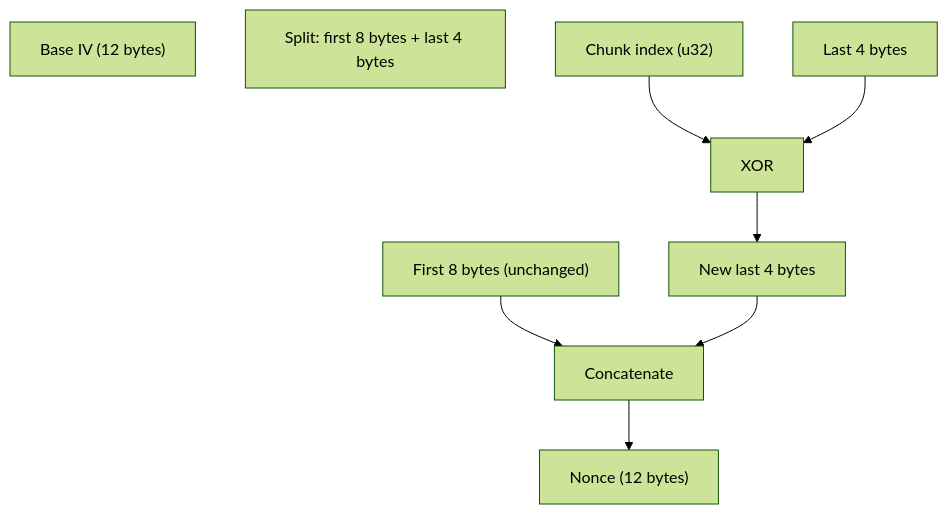
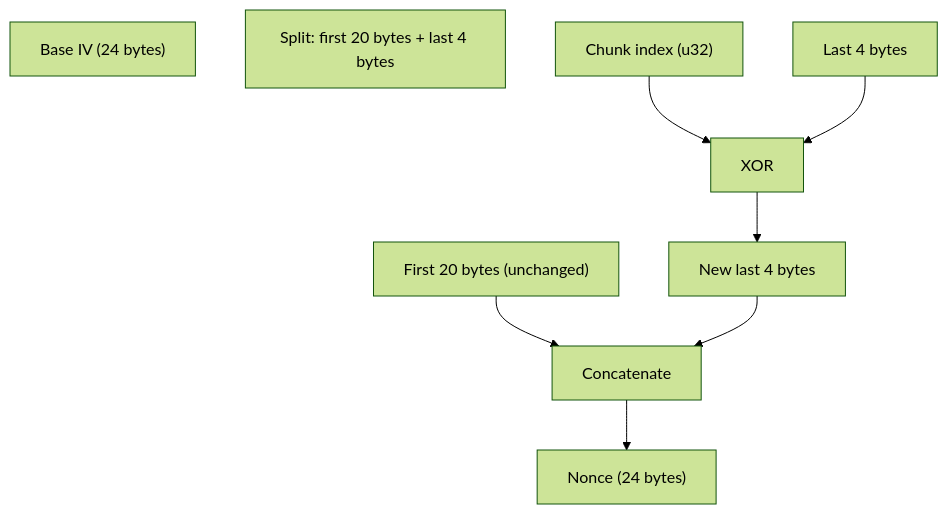
The tenth of 33 diagrams in apps/docs/crypto-architecture.md (chithi-dev/chithi), drawn with Mermaid (forest theme) before and after one commit. The commit also changed other lines of this file, not shown here.

First line of the commit message:
docs: update crypto-architecture.md for XChaCha20-Poly1305 migration

````diff
--- a/apps/docs/crypto-architecture.md
+++ b/apps/docs/crypto-architecture.md
@@ -360,16 +279,16 @@
 ```mermaid
 flowchart TD
-    BaseIV["Base IV (12 bytes)"]
-    Split["Split: first 8 bytes + last 4 bytes"]
-    First8["First 8 bytes (unchanged)"]
+    BaseIV["Base IV (24 bytes)"]
+    Split["Split: first 20 bytes + last 4 bytes"]
+    First8["First 20 bytes (unchanged)"]
     Last4["Last 4 bytes"]
     ChunkIdx["Chunk index (u32)"]
     XOR["XOR"]
     ChunkIdx --> XOR
     Last4 --> XOR
     NewLast4["New last 4 bytes"]
     XOR --> NewLast4
     First8 --> Concat["Concatenate"]
     NewLast4 --> Concat
-    Concat --> Nonce["Nonce (12 bytes)"]
+    Concat --> Nonce["Nonce (24 bytes)"]
 ```
````
